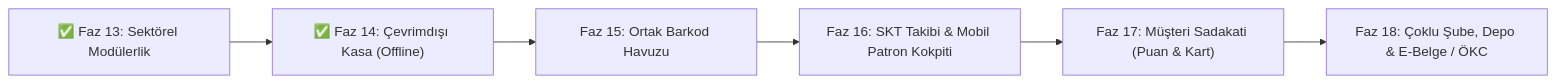
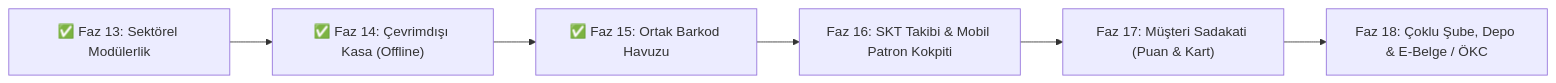
Before and after one commit to RAhsencicek/himar: the diagram in docs/FAZ_YOL_HARITASI_VE_GUNCEL_DURUM.md, drawn with Mermaid. The commit also changed other lines of this file and 10 other files, not shown here.

Commit message:
feat(faz15): Ortak Hazir Urun Havuzu (GlobalProductPool) ve CSV/Excel ice aktarma sihirbazi tamamlandi

````diff
--- a/docs/FAZ_YOL_HARITASI_VE_GUNCEL_DURUM.md
+++ b/docs/FAZ_YOL_HARITASI_VE_GUNCEL_DURUM.md
@@ -43,8 +43,8 @@
 ```mermaid
 flowchart LR
     F13["✅ Faz 13: Sektörel Modülerlik"] --> F14["✅ Faz 14: Çevrimdışı Kasa (Offline)"]
-    F14 --> F15["Faz 15: Ortak Barkod Havuzu"]
+    F14 --> F15["✅ Faz 15: Ortak Barkod Havuzu"]
     F15 --> F16["Faz 16: SKT Takibi & Mobil Patron Kokpiti"]
     F16 --> F17["Faz 17: Müşteri Sadakati (Puan & Kart)"]
     F17 --> F18["Faz 18: Çoklu Şube, Depo & E-Belge / ÖKC"]
 ```
````
